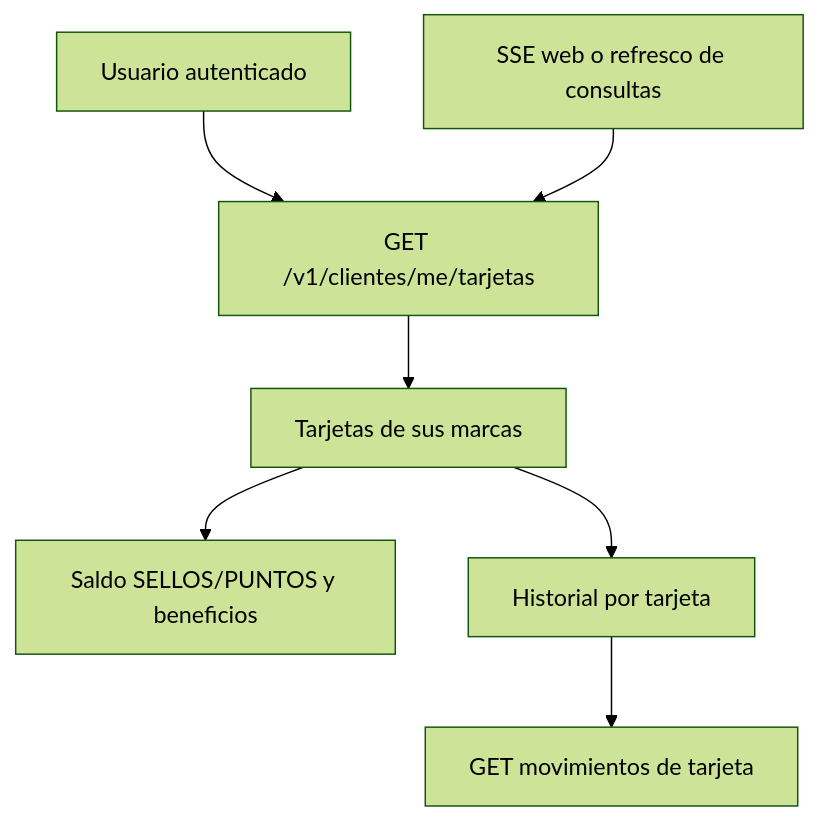
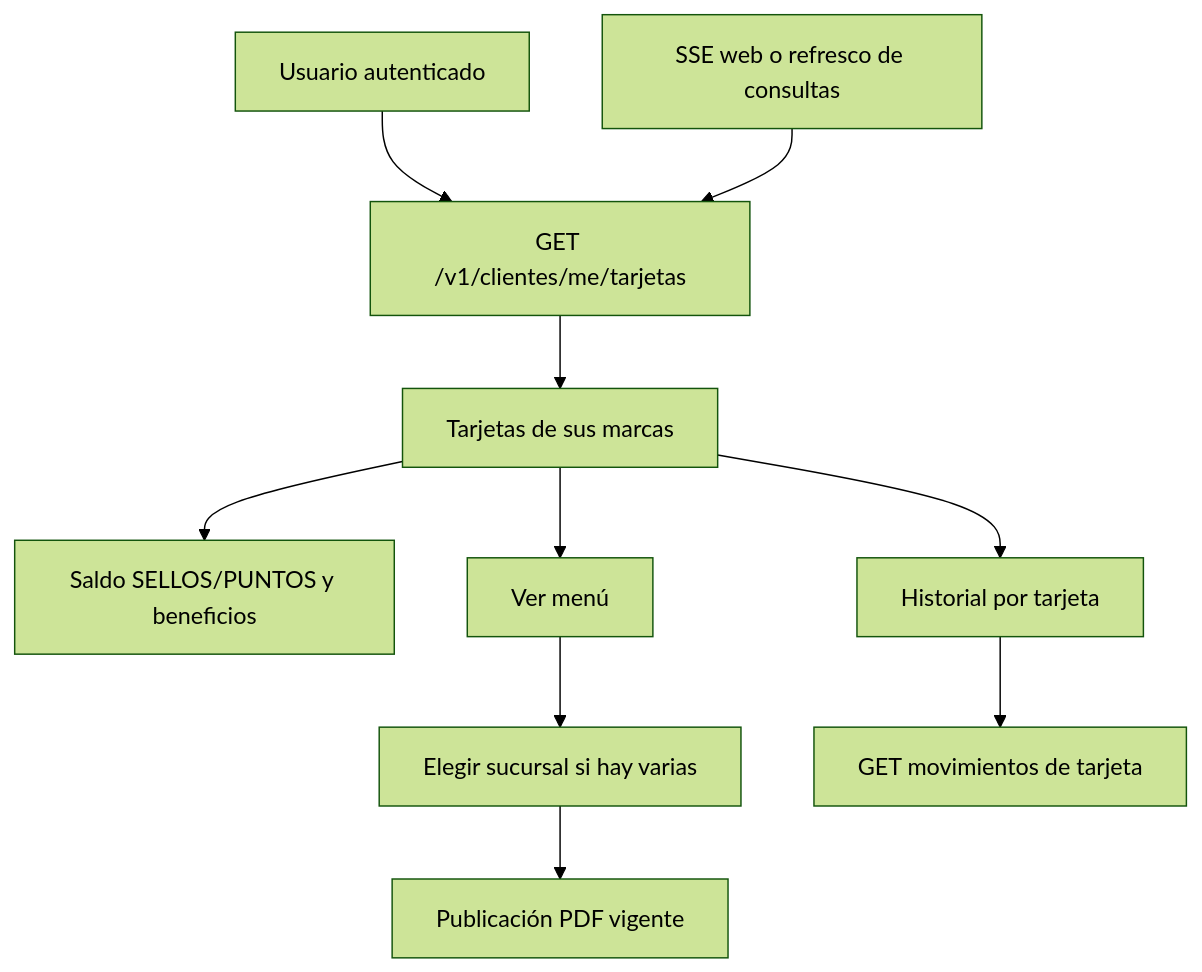
The diagram in docs/flows/23-customer-cards.md (gagonzalez1/puntazo-docs), drawn with Mermaid (forest theme) before and after one commit. The commit also changed other lines of this file and 16 other files, not shown here.

````diff
--- a/docs/flows/23-customer-cards.md
+++ b/docs/flows/23-customer-cards.md
@@ -17,9 +17,12 @@
 ```mermaid
 flowchart TD
  U[Usuario autenticado] --> API[GET /v1/clientes/me/tarjetas]
  API --> C[Tarjetas de sus marcas]
  C --> B[Saldo SELLOS/PUNTOS y beneficios]
  C --> H[Historial por tarjeta]
+ C --> PDF[Ver menú]
+ PDF --> S[Elegir sucursal si hay varias]
+ S --> V[Publicación PDF vigente]
  H --> M[GET movimientos de tarjeta]
  E[SSE web o refresco de consultas] --> API
 ```
````
